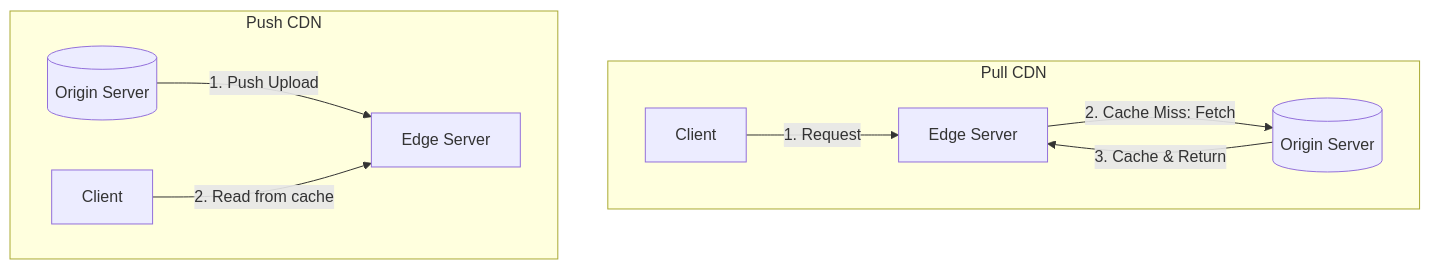
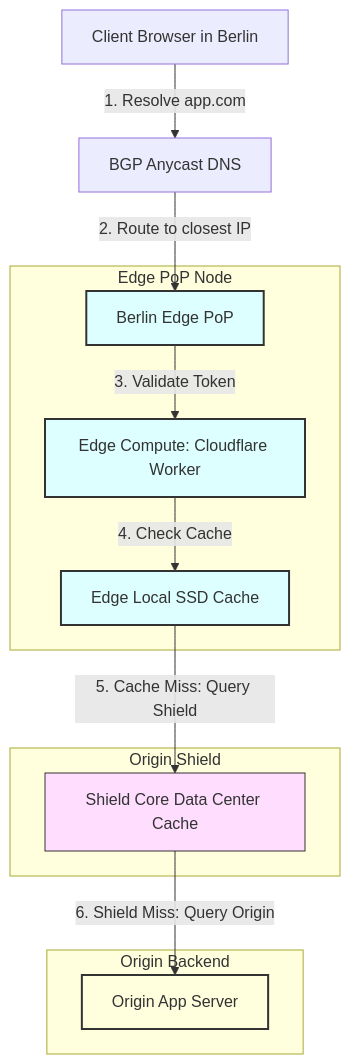
The first of 2 diagrams in high-level-design/concepts/12-cdn-edge-servers.md (gp330841/interview), drawn with Mermaid before and after one commit. The commit also changed other lines of this file and 66 other files, not shown here.

````diff
--- a/high-level-design/concepts/12-cdn-edge-servers.md
+++ b/high-level-design/concepts/12-cdn-edge-servers.md
@@ -9,12 +58,25 @@
 ```mermaid
-flowchart TD
-    subgraph Pull CDN
-        Client1[Client] -->|1. Request| Edge1[Edge Server]
-        Edge1 -->|2. Cache Miss: Fetch| Origin[(Origin Server)]
-        Origin -->|3. Cache & Return| Edge1
+graph TD
+    Client[Client Browser in Berlin] -->|1. Resolve app.com| AnycastDNS[BGP Anycast DNS]
+    AnycastDNS -->|2. Route to closest IP| BerlinPoP[Berlin Edge PoP]
+    
+    subgraph Edge_PoP [Edge PoP Node]
+        BerlinPoP -->|3. Validate Token| EdgeWorker[Edge Compute: Cloudflare Worker]
+        EdgeWorker -->|4. Check Cache| EdgeCache[Edge Local SSD Cache]
     end
-    subgraph Push CDN
-        Origin2[(Origin Server)] -->|1. Push Upload| Edge2[Edge Server]
-        Client2[Client] -->|2. Read from cache| Edge2
+
+    subgraph CDN_Shield_Layer [Origin Shield]
+        EdgeCache -->|5. Cache Miss: Query Shield| ShieldCache[Shield Core Data Center Cache]
     end
+
+    subgraph Origin_Infrastructure [Origin Backend]
+        ShieldCache -->|6. Shield Miss: Query Origin| Origin[Origin App Server]
+    end
+
+    classDef edge fill:#dff,stroke:#333,stroke-width:2px;
+    classDef shield fill:#fdf,stroke:#333,stroke-width:1px;
+    classDef origin fill:#ffd,stroke:#333,stroke-width:2px;
+    class BerlinPoP,EdgeWorker,EdgeCache edge;
+    class ShieldCache shield;
+    class Origin origin;
 ```
````
